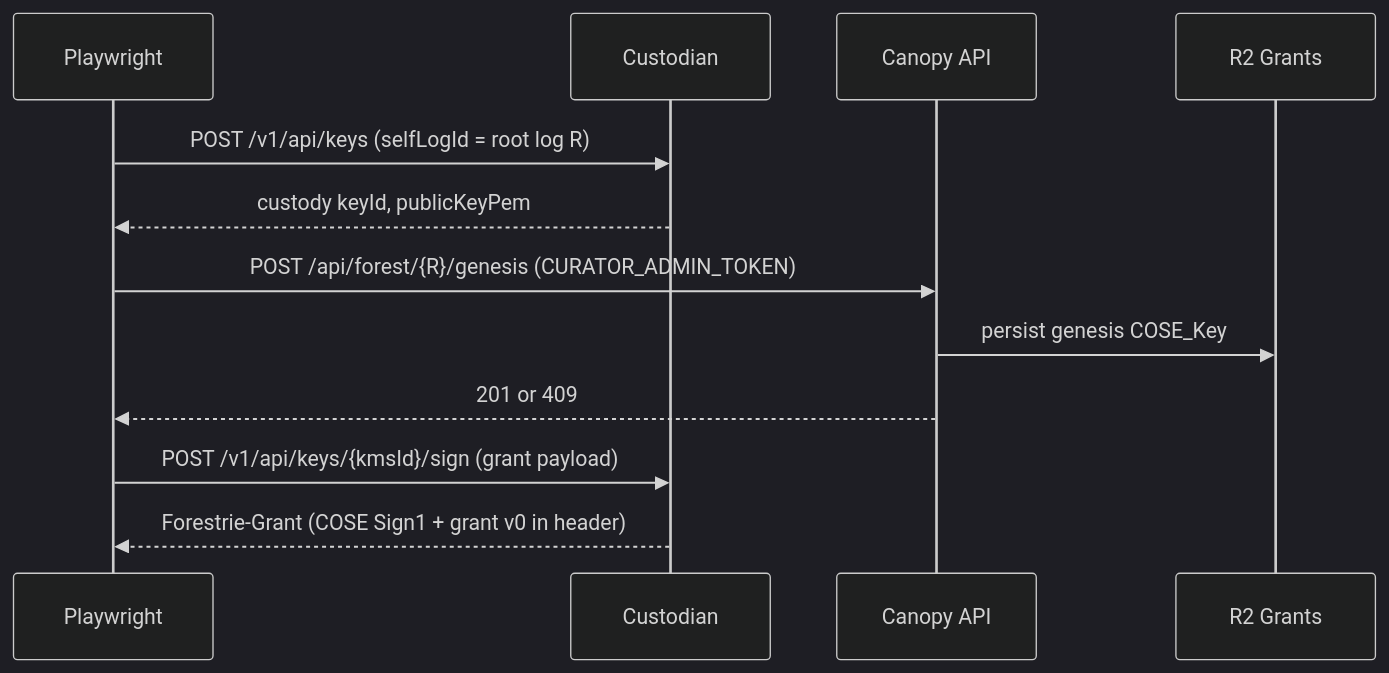
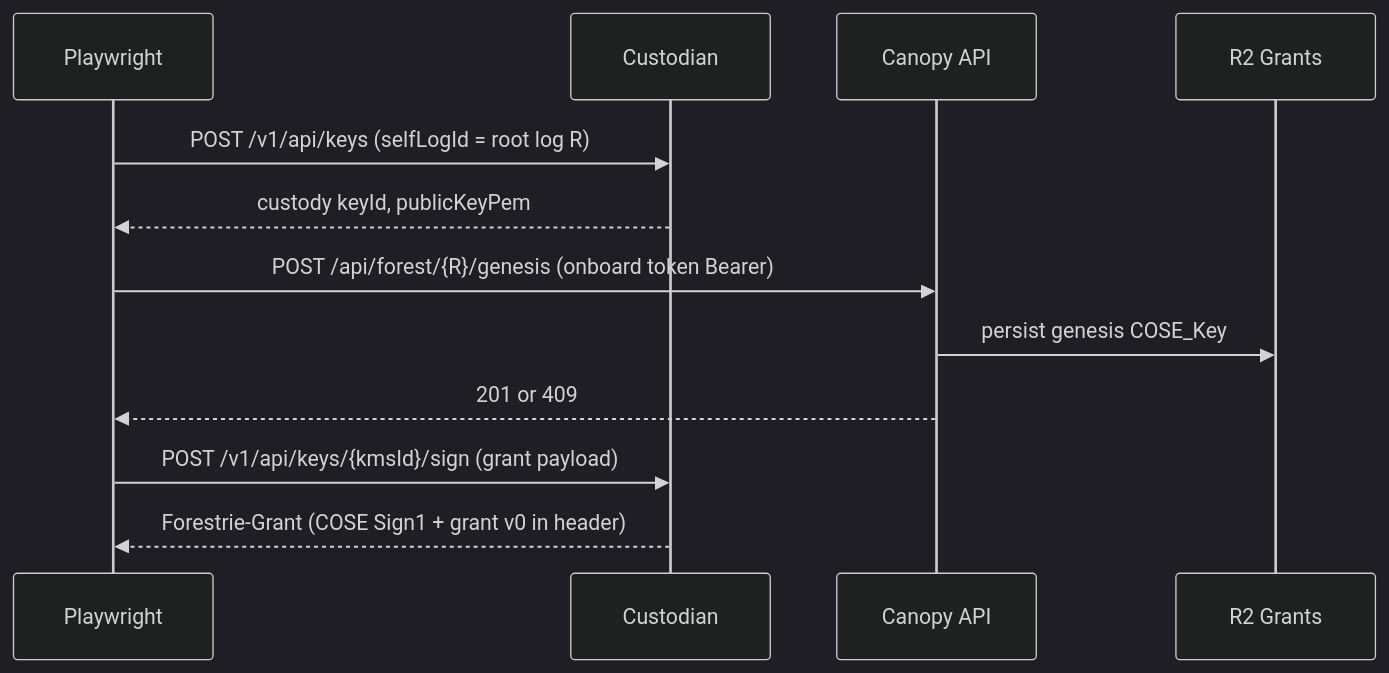
The first of 3 diagrams in packages/tests/canopy-api/tests/system/docs/overview.md (forestrie/canopy), drawn with Mermaid (dark theme) before and after one commit. The commit also changed other lines of this file and 46 other files, not shown here.

First line of the commit message:
feat(canopy-api): registration control plane and onboard tokens

````diff
--- a/packages/tests/canopy-api/tests/system/docs/overview.md
+++ b/packages/tests/canopy-api/tests/system/docs/overview.md
@@ -83,15 +83,15 @@
 ```mermaid
 sequenceDiagram
     participant PT as Playwright
     participant CUS as Custodian
     participant API as Canopy API
     participant R2G as R2 Grants
 
     PT->>CUS: POST /v1/api/keys (selfLogId = root log R)
     CUS-->>PT: custody keyId, publicKeyPem
-    PT->>API: POST /api/forest/{R}/genesis (CURATOR_ADMIN_TOKEN)
+    PT->>API: POST /api/forest/{R}/genesis (onboard token Bearer)
     API->>R2G: persist genesis COSE_Key
     API-->>PT: 201 or 409
     PT->>CUS: POST /v1/api/keys/{kmsId}/sign (grant payload)
     CUS-->>PT: Forestrie-Grant (COSE Sign1 + grant v0 in header)
 ```
````
